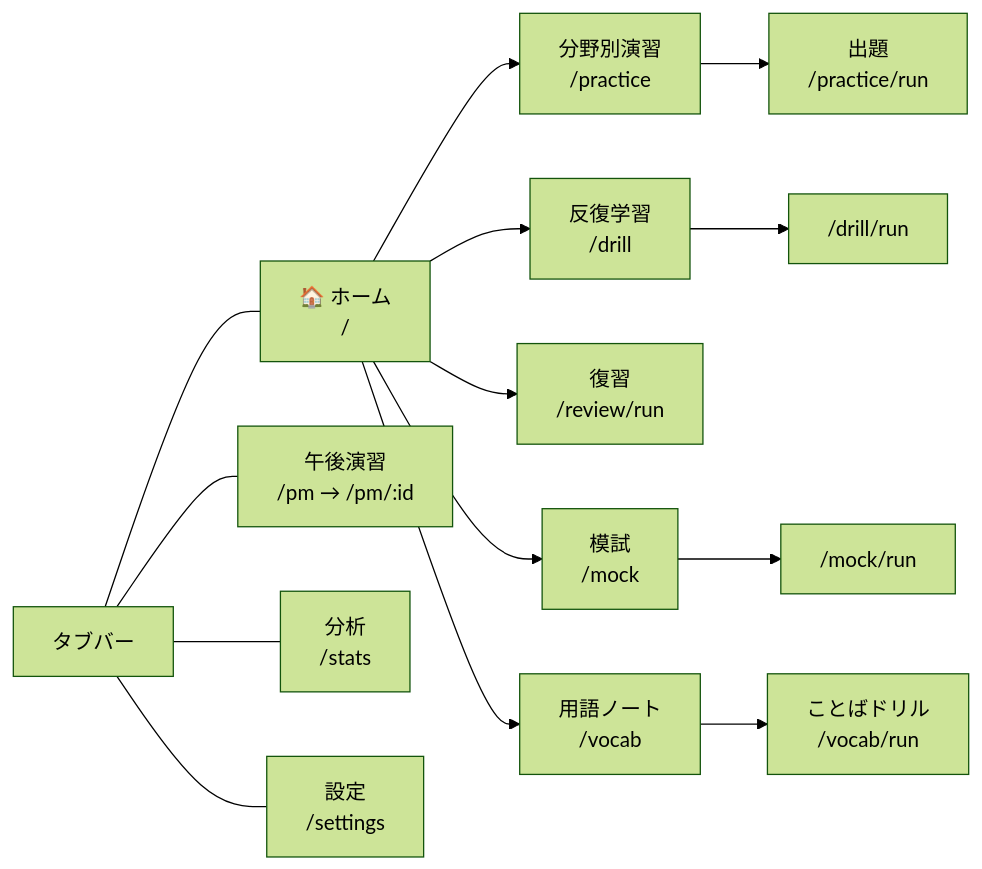
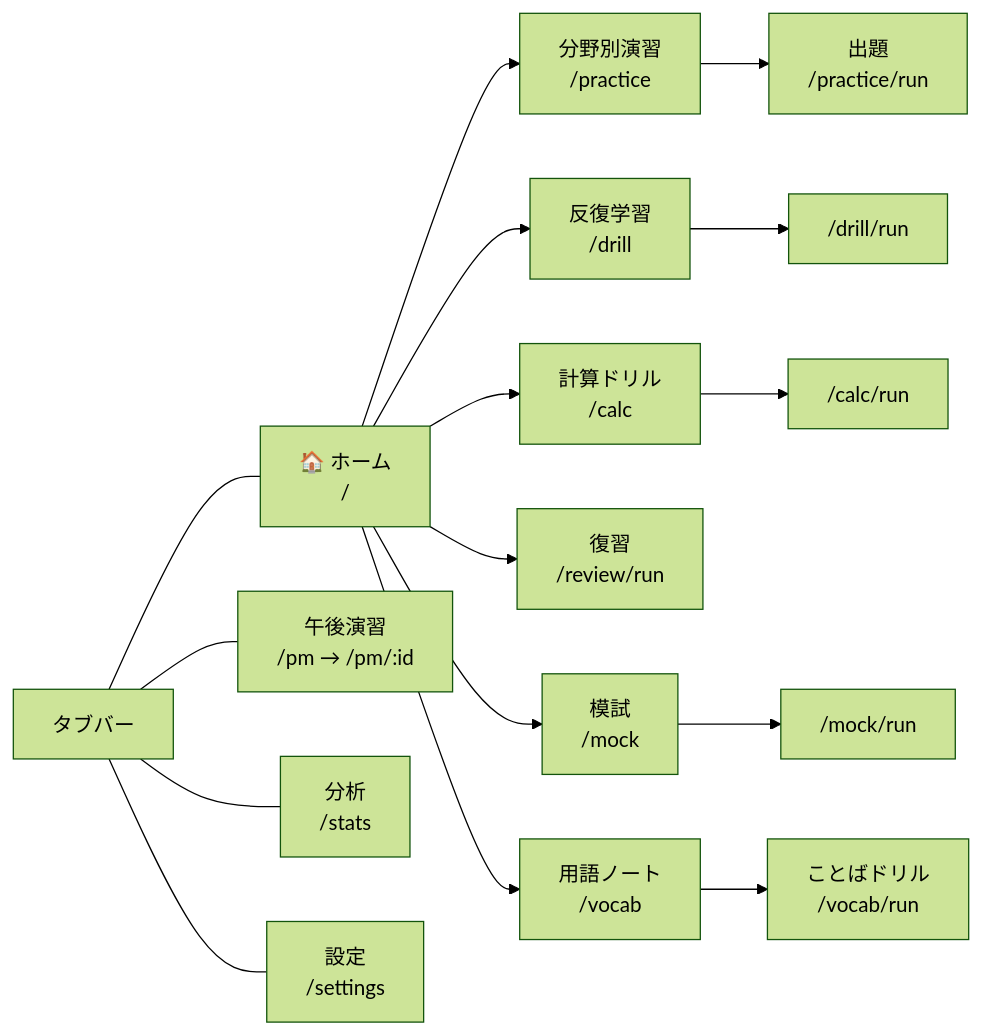
Before and after one commit to westplainblue/ap-study: the diagram in docs/設計/機能マップ.md, drawn with Mermaid (forest theme). The commit also changed other lines of this file and 24 other files, not shown here.

````diff
--- a/docs/設計/機能マップ.md
+++ b/docs/設計/機能マップ.md
@@ -33,12 +34,13 @@
 ```mermaid
 flowchart LR
   Home["🏠 ホーム<br/>/"] --> P1["分野別演習<br/>/practice"] --> P2["出題<br/>/practice/run"]
   Home --> D1["反復学習<br/>/drill"] --> D2["/drill/run"]
+  Home --> C1["計算ドリル<br/>/calc"] --> C2["/calc/run"]
   Home --> R["復習<br/>/review/run"]
   Home --> M1["模試<br/>/mock"] --> M2["/mock/run"]
   Home --> V1["用語ノート<br/>/vocab"] --> V2["ことばドリル<br/>/vocab/run"]
   Tab["タブバー"] --- Home
   Tab --- PM["午後演習<br/>/pm → /pm/:id"]
   Tab --- S["分析<br/>/stats"]
   Tab --- SET["設定<br/>/settings"]
 ```
````
